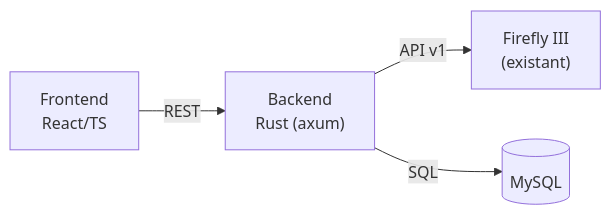
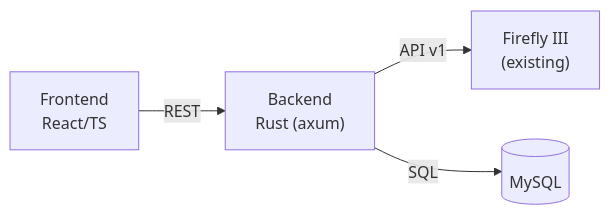
The first of 2 diagrams in docs/prd/2026-08-14-trd-architecture-technique.md (eldelahoz/firefly-manager-movement), drawn with Mermaid before and after one commit. The commit also changed other lines of this file and 1 other file, not shown here.

````diff
--- a/docs/prd/2026-08-14-trd-architecture-technique.md
+++ b/docs/prd/2026-08-14-trd-architecture-technique.md
@@ -18,6 +18,6 @@
 ```mermaid
 flowchart LR
     FE["Frontend<br/>React/TS"] -->|REST| BE["Backend<br/>Rust (axum)"]
-    BE -->|API v1| FF3["Firefly III<br/>(existant)"]
+    BE -->|API v1| FF3["Firefly III<br/>(existing)"]
     BE -->|SQL| DB[("MySQL")]
 ```
````
